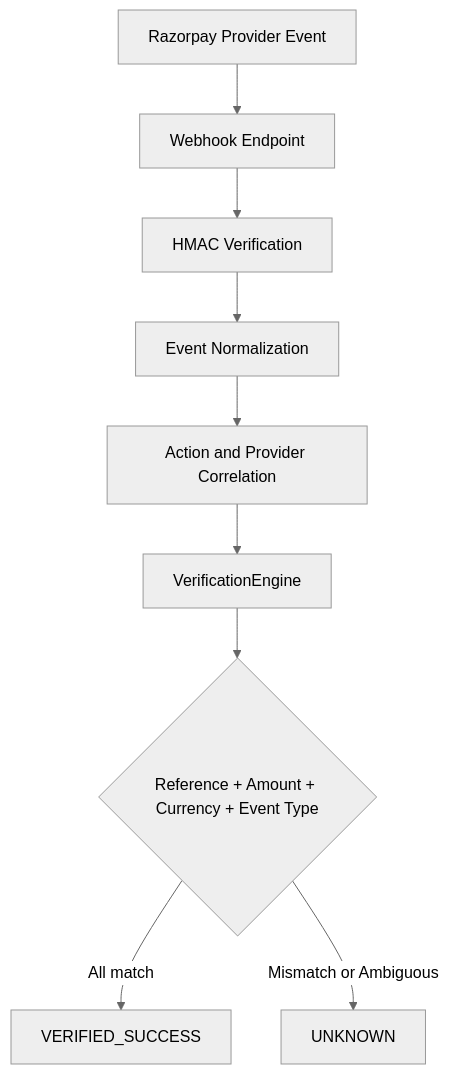
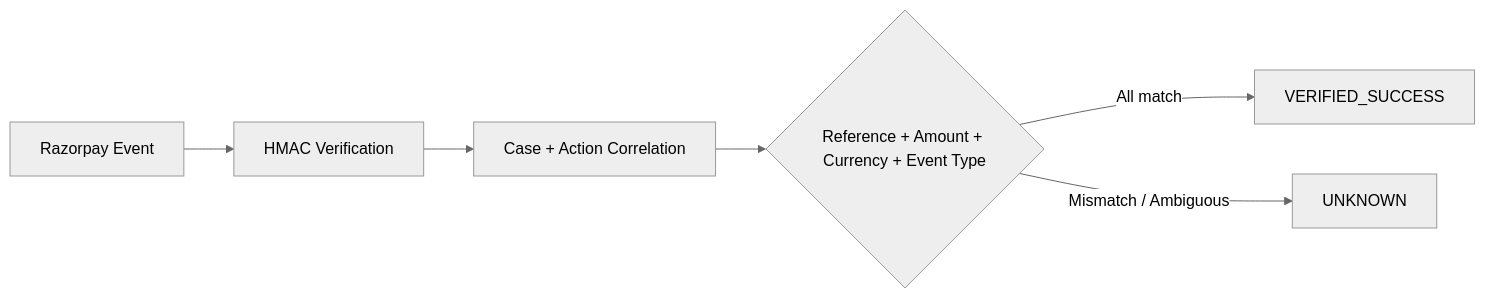
The fourth of 4 diagrams in README.md (manas0615/RecoverAI), drawn with Mermaid (neutral theme) before and after one commit. The commit also changed other lines of this file, not shown here.

````diff
--- a/README.md
+++ b/README.md
@@ -299,13 +214,9 @@
 ```mermaid
-flowchart TD
-    RZ[Razorpay Provider Event] --> WH[Webhook Endpoint]
-    WH --> HMAC[HMAC Verification]
-    HMAC --> NORM[Event Normalization]
-    NORM --> CORR[Action and Provider Correlation]
-    CORR --> VE[VerificationEngine]
+flowchart LR
+    EVENT[Razorpay Event] --> HMAC[HMAC Verification]
+    HMAC --> CORR[Case + Action Correlation]
+    CORR --> CHECK{Reference + Amount + Currency + Event Type}
 
-    VE --> VAL{Reference + Amount + Currency + Event Type}
-
-    VAL -->|All match| SUCCESS[VERIFIED_SUCCESS]
-    VAL -->|Mismatch or Ambiguous| UNKNOWN[UNKNOWN]
+    CHECK -->|All match| SUCCESS[VERIFIED_SUCCESS]
+    CHECK -->|Mismatch / Ambiguous| UNKNOWN[UNKNOWN]
 ```
````
